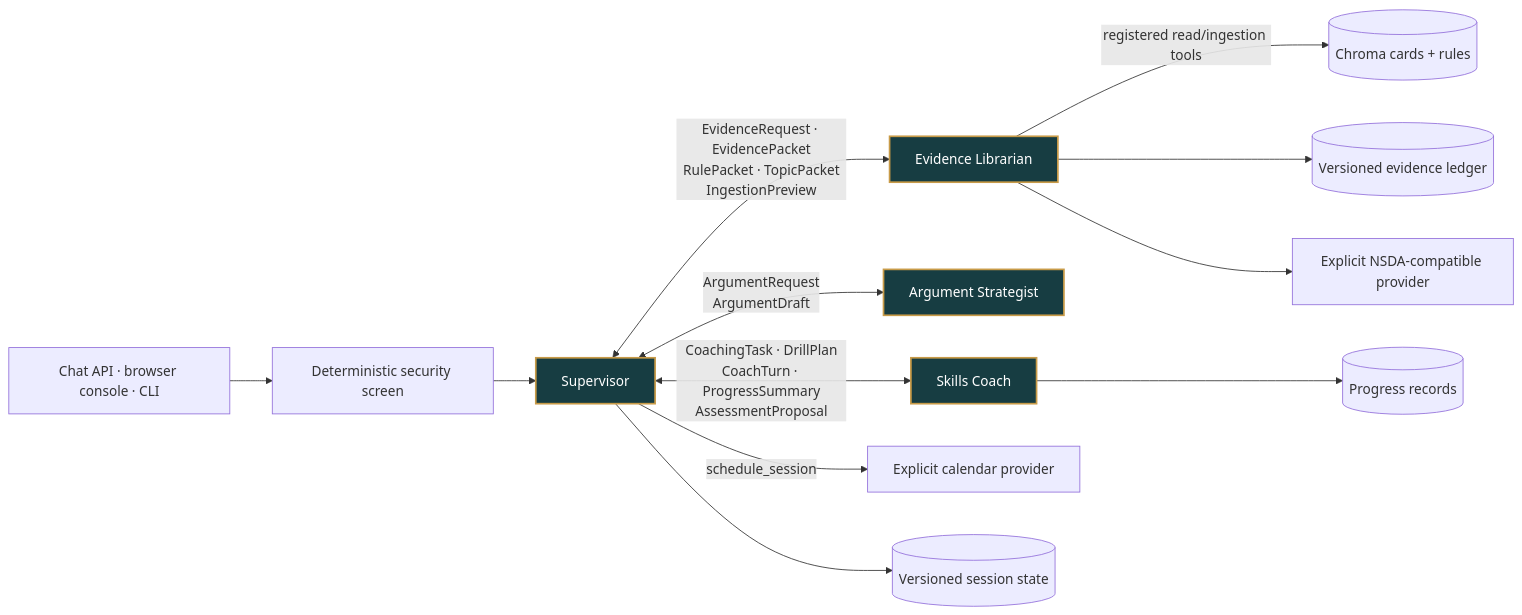
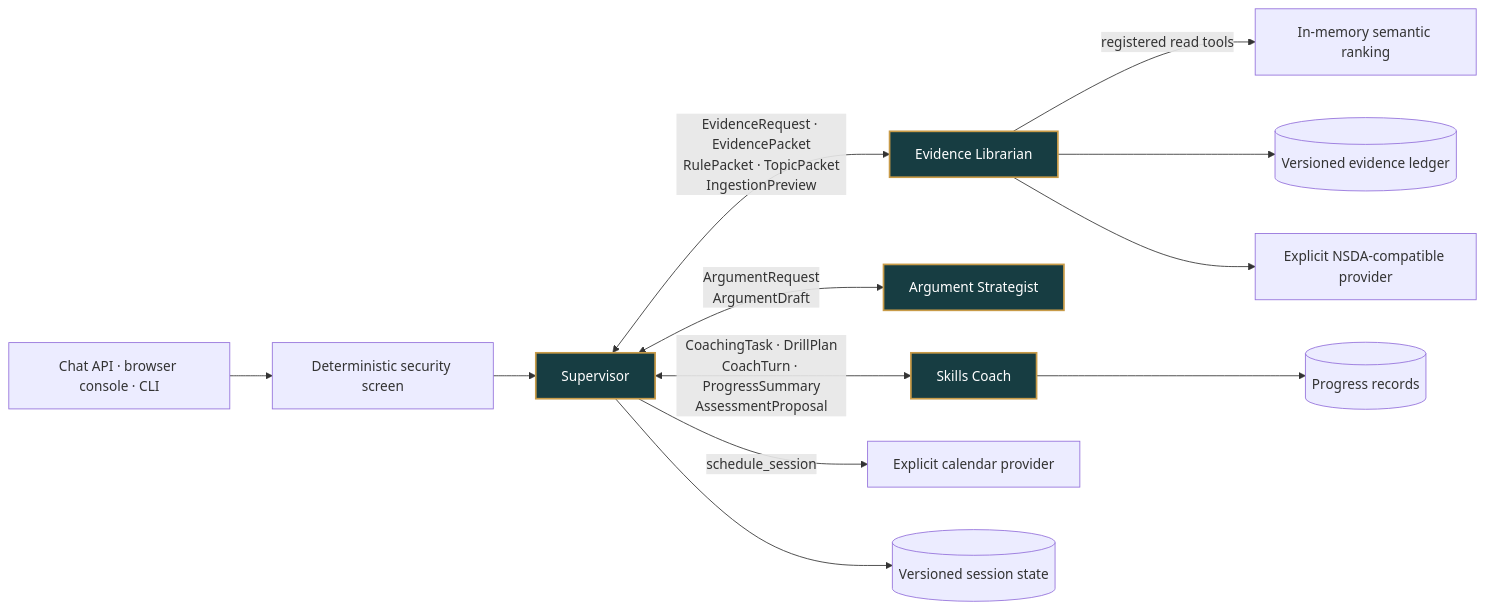
One commit to kevinxuez/ai-accelerate changed the diagram in docs/workflow-diagrams/src/01-four-agent-architecture.mmd. Above: the diagram before and after it, drawn with Mermaid. The commit also changed 70 other files, not shown here.

```diff
--- a/docs/workflow-diagrams/src/01-four-agent-architecture.mmd
+++ b/docs/workflow-diagrams/src/01-four-agent-architecture.mmd
@@ -1,17 +1,17 @@
 flowchart LR
     Client["Chat API · browser console · CLI"] --> Screen["Deterministic security screen"]
     Screen --> Supervisor["Supervisor"]
 
     Supervisor <-->|"EvidenceRequest · EvidencePacket<br/>RulePacket · TopicPacket<br/>IngestionPreview"| Librarian["Evidence Librarian"]
     Supervisor <-->|"ArgumentRequest<br/>ArgumentDraft"| Strategist["Argument Strategist"]
     Supervisor <-->|"CoachingTask · DrillPlan<br/>CoachTurn · ProgressSummary<br/>AssessmentProposal"| Coach["Skills Coach"]
 
     Supervisor -->|"schedule_session"| Calendar["Explicit calendar provider"]
-    Librarian -->|"registered read/ingestion tools"| Chroma[("Chroma cards + rules")]
+    Librarian -->|"registered read tools"| Retrieval["In-memory semantic ranking"]
     Librarian --> Ledger[("Versioned evidence ledger")]
     Librarian --> Topic["Explicit NSDA-compatible provider"]
     Coach --> Progress[("Progress records")]
     Supervisor --> Sessions[("Versioned session state")]
 
     classDef owner fill:#173d42,color:#fff,stroke:#c89b48,stroke-width:2px;
     class Supervisor,Librarian,Strategist,Coach owner;
```
